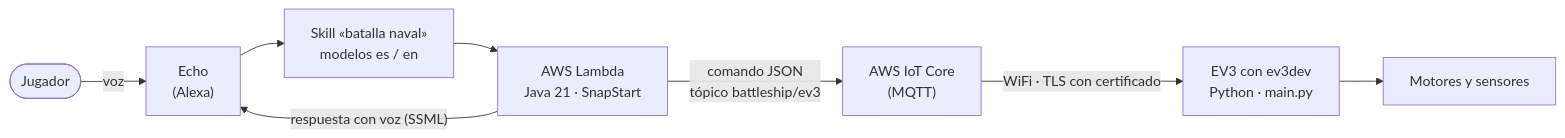
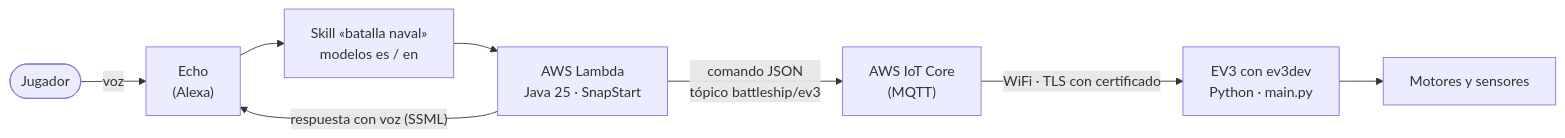
Before and after one commit to jcoronelcortes/battleship-alexa: the second of 2 diagrams in README.md, drawn with Mermaid. The commit also changed other lines of this file and 10 other files, not shown here.

````diff
--- a/README.md
+++ b/README.md
@@ -277,10 +277,10 @@
 ```mermaid
 flowchart LR
     J(["Jugador"]) -- voz --> E["Echo<br/>(Alexa)"]
     E --> S["Skill «batalla naval»<br/>modelos es / en"]
-    S --> L["AWS Lambda<br/>Java 21 · SnapStart"]
+    S --> L["AWS Lambda<br/>Java 25 · SnapStart"]
     L -- "respuesta con voz (SSML)" --> E
     L -- "comando JSON<br/>tópico battleship/ev3" --> I["AWS IoT Core<br/>(MQTT)"]
     I -- "WiFi · TLS con certificado" --> R["EV3 con ev3dev<br/>Python · main.py"]
     R --> M["Motores y sensores"]
 ```
````
